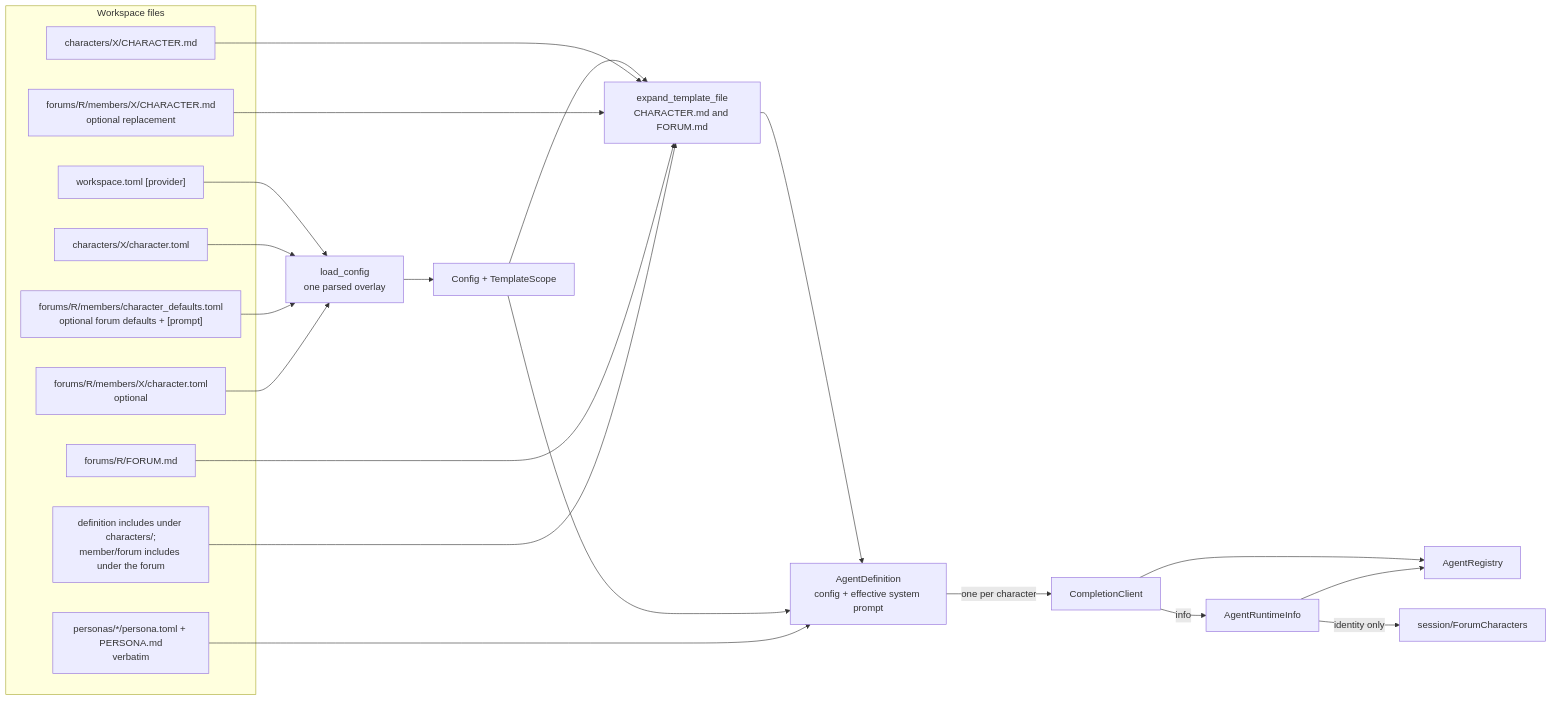
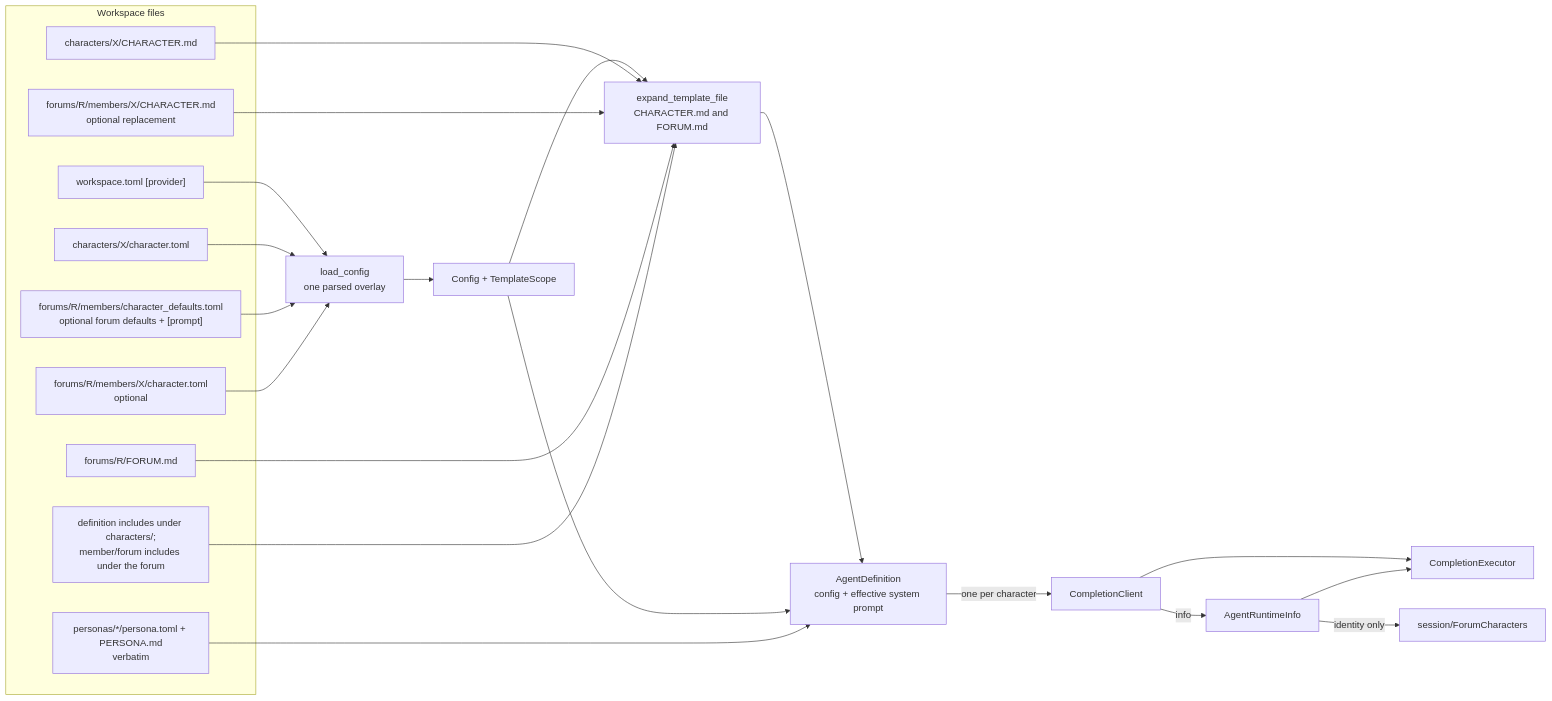
One commit to michaelpopov/cha changed the first of 4 diagrams in src/agents/README.md. Above: the diagram before and after it, drawn with Mermaid. The commit also changed other lines of this file and 22 other files, not shown here.

````diff
--- a/src/agents/README.md
+++ b/src/agents/README.md
@@ -25,33 +26,33 @@
 ```mermaid
 flowchart LR
     subgraph disk["Workspace files"]
         app_cfg["workspace.toml [provider]"]
         definition_cfg["characters/X/character.toml"]
         definition_prompt["characters/X/CHARACTER.md"]
         base["forums/R/members/character_defaults.toml<br/>optional forum defaults + [prompt]"]
         member_cfg["forums/R/members/X/character.toml<br/>optional"]
         member_prompt["forums/R/members/X/CHARACTER.md<br/>optional replacement"]
         usr["forums/R/FORUM.md"]
         roster["personas/*/persona.toml + PERSONA.md<br/>verbatim"]
         shared["definition includes under characters/;<br/>member/forum includes under the forum"]
     end
 
     app_cfg --> load["load_config<br/>one parsed overlay"]
     definition_cfg --> load
     base --> load
     member_cfg --> load
     load --> conf["Config + TemplateScope"]
     conf --> expand["expand_template_file<br/>CHARACTER.md and FORUM.md"]
     definition_prompt --> expand
     member_prompt --> expand
     usr --> expand
     shared --> expand
     expand --> def["AgentDefinition<br/>config + effective system prompt"]
     conf --> def
     roster --> def
     def -->|"one per character"| client["CompletionClient"]
-    client --> registry["AgentRegistry"]
+    client --> executor["CompletionExecutor"]
     client -->|"info"| runtime["AgentRuntimeInfo"]
-    runtime --> registry
+    runtime --> executor
     runtime -->|"identity only"| characters["session/ForumCharacters"]
 ```
````
